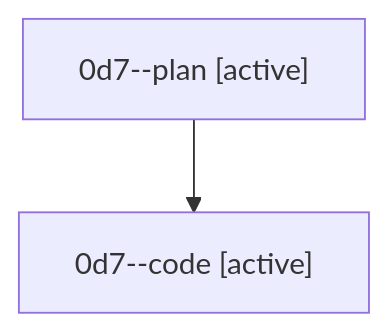
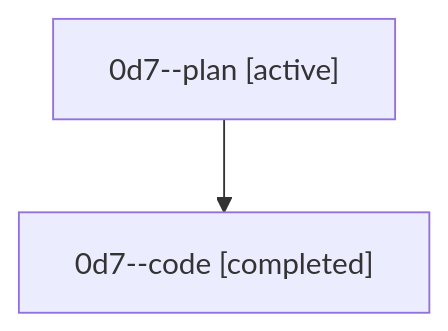
Before and after one commit to sase-org/sase--agents: the diagram in families/bbugyi200.athena.0d7.md, drawn with Mermaid. The commit also changed other lines of this file and 35830 other files, not shown here.

````diff
--- a/families/bbugyi200.athena.0d7.md
+++ b/families/bbugyi200.athena.0d7.md
@@ -9,6 +9,6 @@
 ```mermaid
 flowchart TD
   n0["0d7--plan [active]"]
-  n1["0d7--code [active]"]
+  n1["0d7--code [completed]"]
   n0 --> n1
 ```
````
